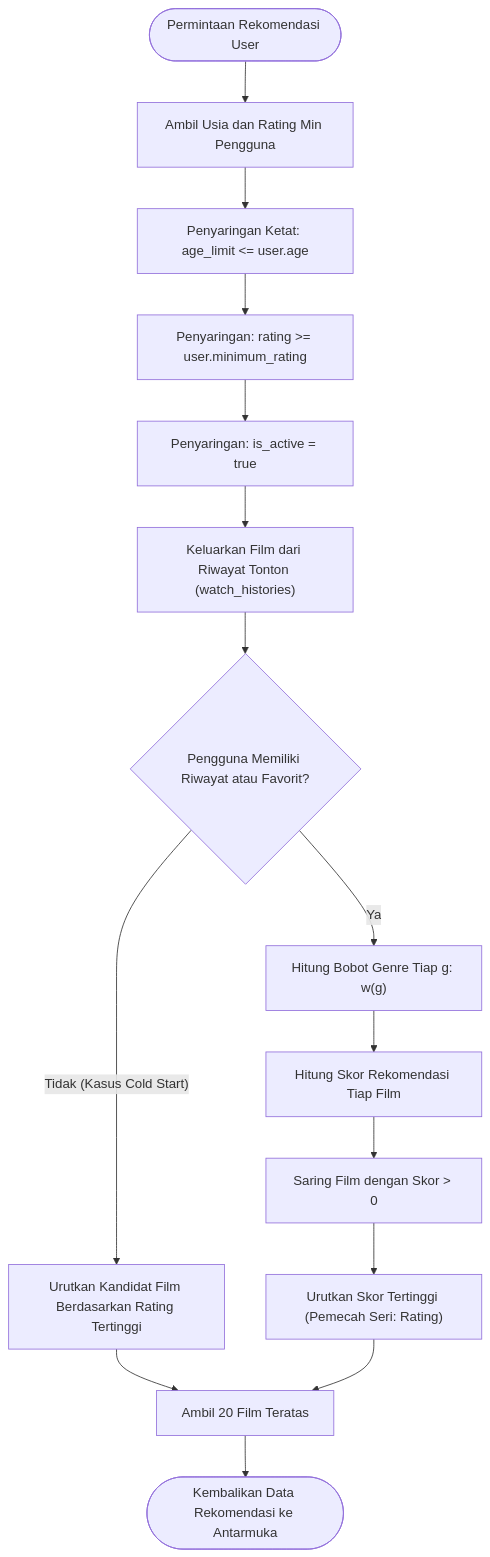
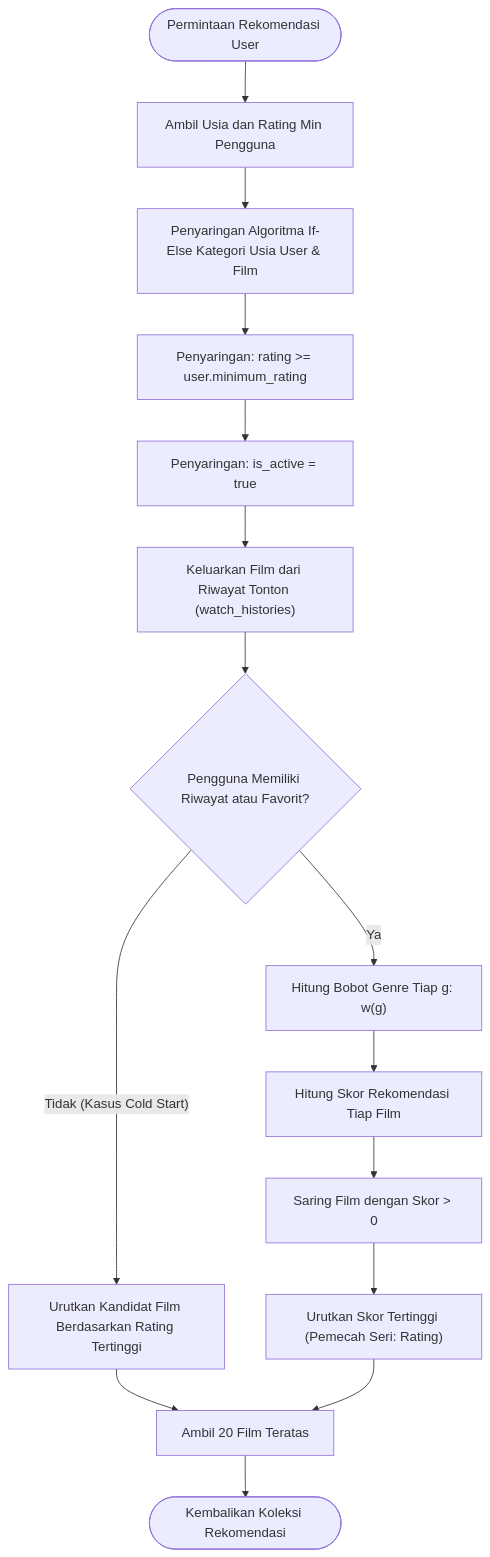
Before and after one commit to MangOleh22/rekomendasi-film: the third of 5 diagrams in DOKUMENTASI_PROYEK.md, drawn with Mermaid. The commit also changed other lines of this file and 20 other files, not shown here.

Commit message:
feat: implementasi modul pembayaran film rupiah, cetak struk transaksi, algoritma if-else batasan umur, dan pembaruan dokumentasi changelog

````diff
--- a/DOKUMENTASI_PROYEK.md
+++ b/DOKUMENTASI_PROYEK.md
@@ -162,21 +192,21 @@
 ```mermaid
 flowchart TD
     Start(["Permintaan Rekomendasi User"]) --> GetUser["Ambil Usia dan Rating Min Pengguna"]
-    GetUser --> FilterAge["Penyaringan Ketat: age_limit <= user.age"]
+    GetUser --> FilterAge["Penyaringan Algoritma If-Else Kategori Usia User & Film"]
     FilterAge --> FilterRating["Penyaringan: rating >= user.minimum_rating"]
     FilterRating --> FilterActive["Penyaringan: is_active = true"]
     FilterActive --> ExcludeWatched["Keluarkan Film dari Riwayat Tonton (watch_histories)"]
     
     ExcludeWatched --> CheckColdStart{"Pengguna Memiliki Riwayat atau Favorit?"}
     
     CheckColdStart -- "Tidak (Kasus Cold Start)" --> ColdStartSort["Urutkan Kandidat Film Berdasarkan Rating Tertinggi"]
     ColdStartSort --> TakeLimit["Ambil 20 Film Teratas"]
     
     CheckColdStart -- "Ya" --> CalcWeights["Hitung Bobot Genre Tiap g: w(g)"]
     CalcWeights --> CalcScore["Hitung Skor Rekomendasi Tiap Film"]
     CalcScore --> FilterPositive["Saring Film dengan Skor > 0"]
     FilterPositive --> SortRank["Urutkan Skor Tertinggi (Pemecah Seri: Rating)"]
     SortRank --> TakeLimit
     
-    TakeLimit --> ReturnResponse(["Kembalikan Data Rekomendasi ke Antarmuka"])
+    TakeLimit --> ReturnResponse(["Kembalikan Koleksi Rekomendasi"])
 ```
````
